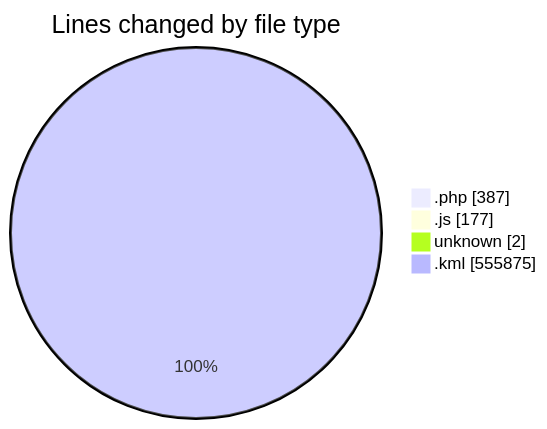
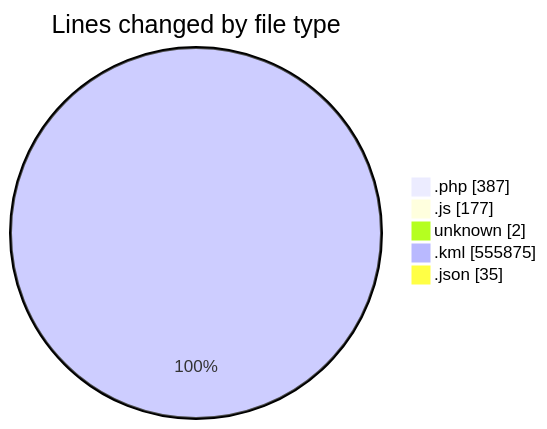
The first of 2 diagrams in 2025-03-26/kml/README.md (LanceThiago/code-tracking), drawn with Mermaid before and after one commit. The commit also changed other lines of this file and 1 other file, not shown here.

````diff
--- a/2025-03-26/kml/README.md
+++ b/2025-03-26/kml/README.md
@@ -25,8 +26,9 @@
 ```mermaid
 pie showData
 title Lines changed by file type
 ".php" : 387
 ".js" : 177
 "unknown" : 2
 ".kml" : 555875
+".json" : 35
 ```
````
